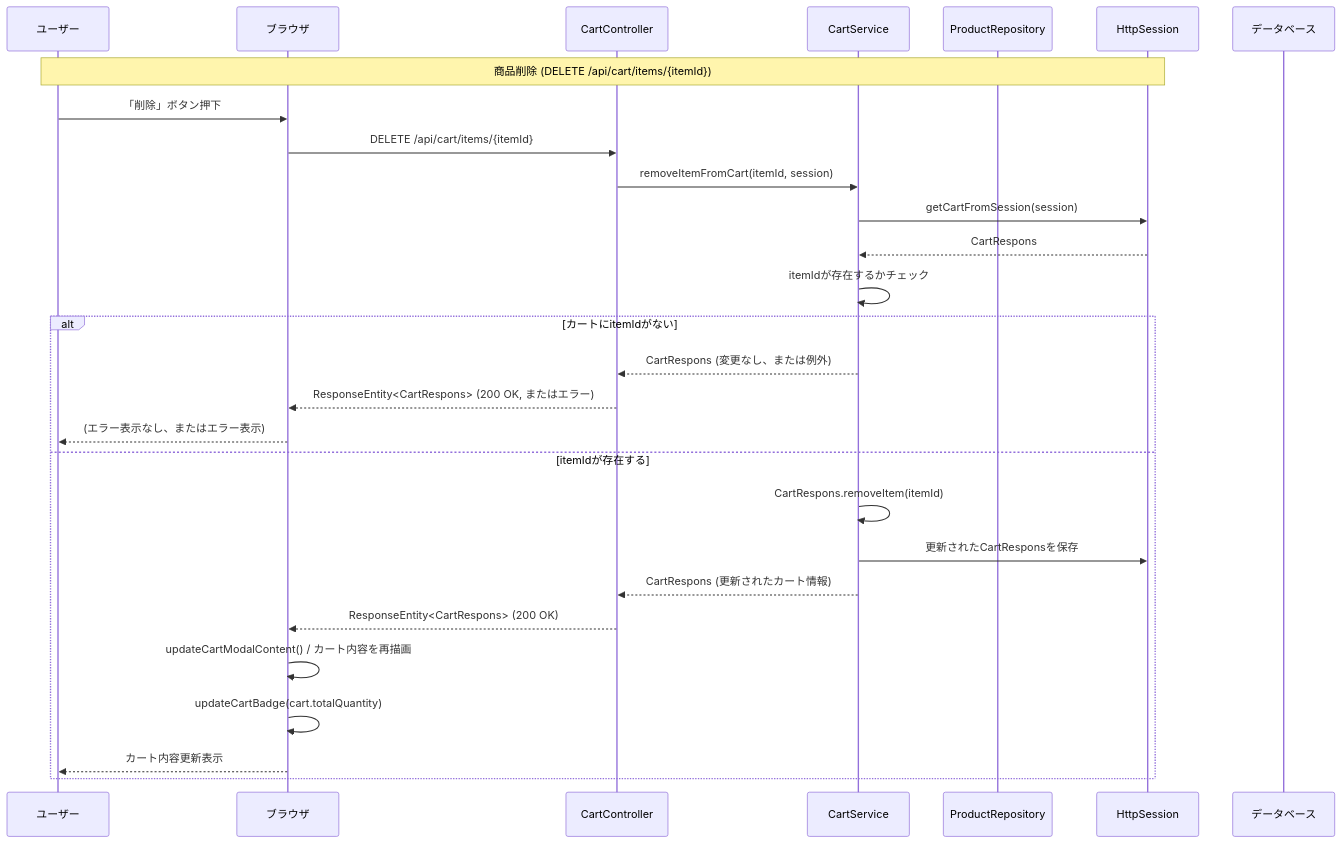
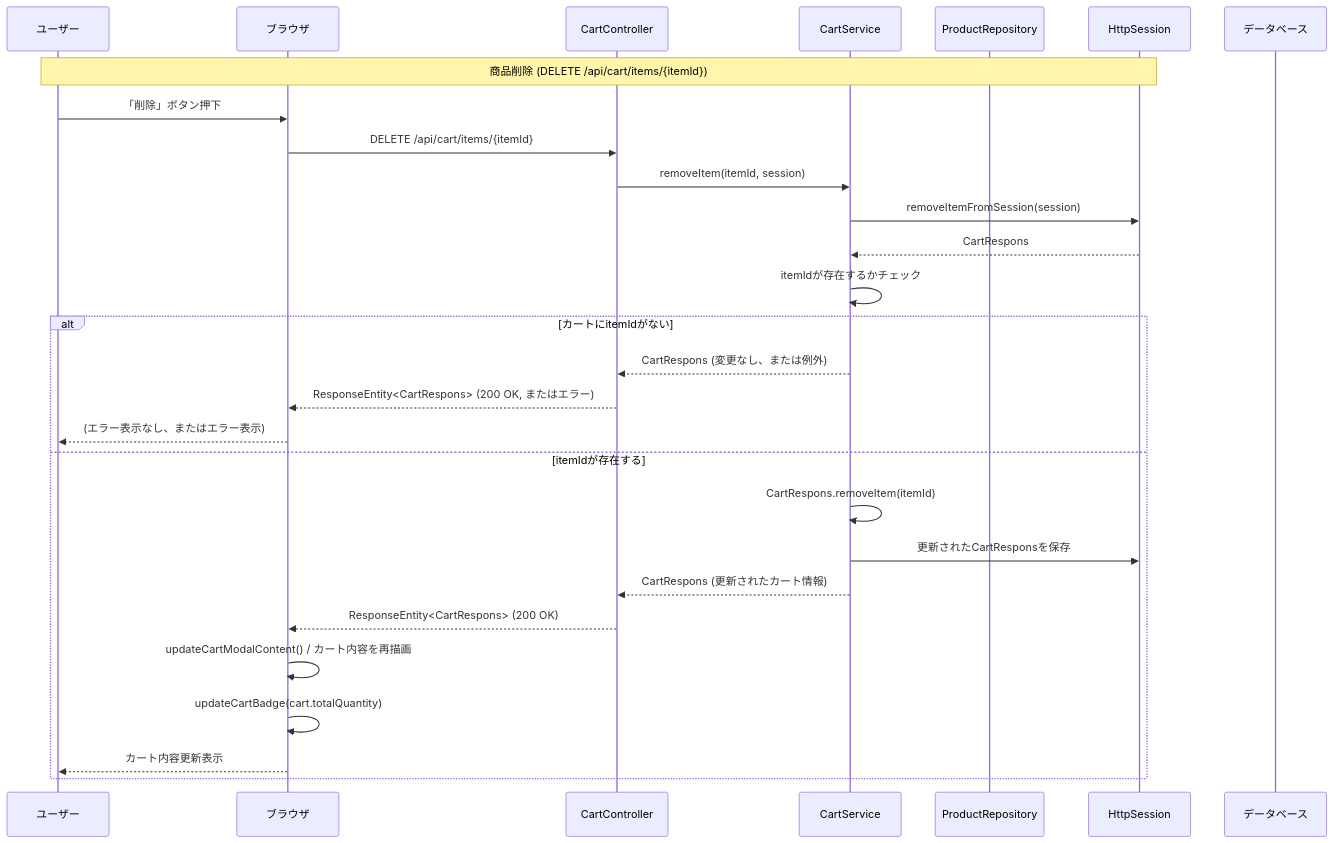
One commit to shogomaeda758/Bacon changed the ninth of 22 diagrams in 詳細設計/詳細設計書_v3.md. Above: the diagram before and after it, drawn with Mermaid. The commit also changed other lines of this file, not shown here.

Commit message:
シーケンス図のメソッド名修正

````diff
--- a/詳細設計/詳細設計書_v3.md
+++ b/詳細設計/詳細設計書_v3.md
@@ -413,30 +413,30 @@
 ```mermaid
 sequenceDiagram
     participant U as ユーザー
     participant B as ブラウザ
     participant CC as CartController
     participant CS as CartService
     participant PR as ProductRepository
     participant S as HttpSession
     participant DB as データベース
     Note over U,S: 商品削除 (DELETE /api/cart/items/{itemId})
     U->>B: 「削除」ボタン押下
     B->>CC: DELETE /api/cart/items/{itemId}
-    CC->>CS: removeItemFromCart(itemId, session)
-    CS->>S: getCartFromSession(session)
+    CC->>CS: removeItem(itemId, session)
+    CS->>S: removeItemFromSession(session)
     S-->>CS: CartRespons
     CS->>CS: itemIdが存在するかチェック
     alt カートにitemIdがない
         CS-->>CC: CartRespons (変更なし、または例外)
         CC-->>B: ResponseEntity<CartRespons> (200 OK, またはエラー)
         B-->>U: (エラー表示なし、またはエラー表示)
     else itemIdが存在する
         CS->>CS: CartRespons.removeItem(itemId)
         CS->>S: 更新されたCartResponsを保存
         CS-->>CC: CartRespons (更新されたカート情報)
         CC-->>B: ResponseEntity<CartRespons> (200 OK)
         B->>B: updateCartModalContent() / カート内容を再描画
         B->>B: updateCartBadge(cart.totalQuantity)
         B-->>U: カート内容更新表示
     end
 ```
````
